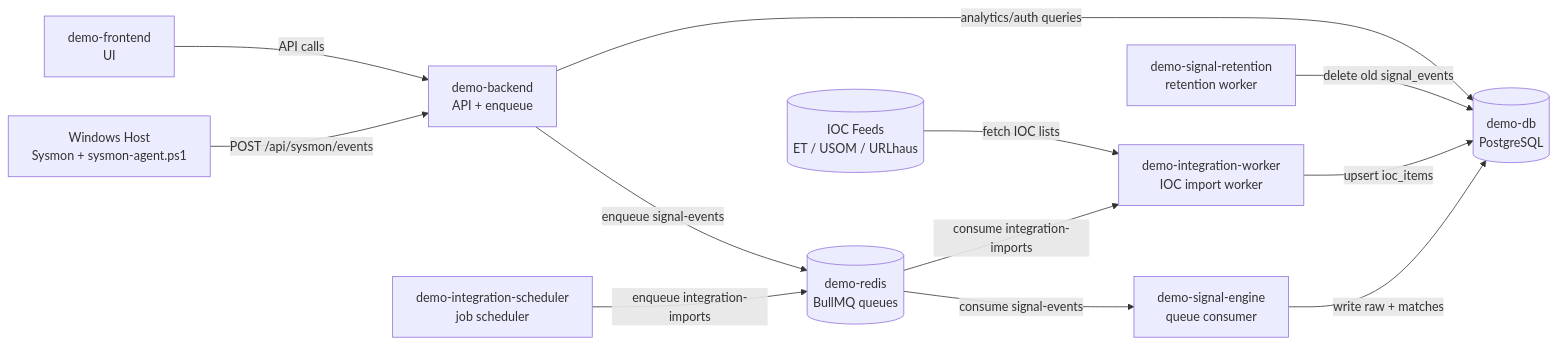
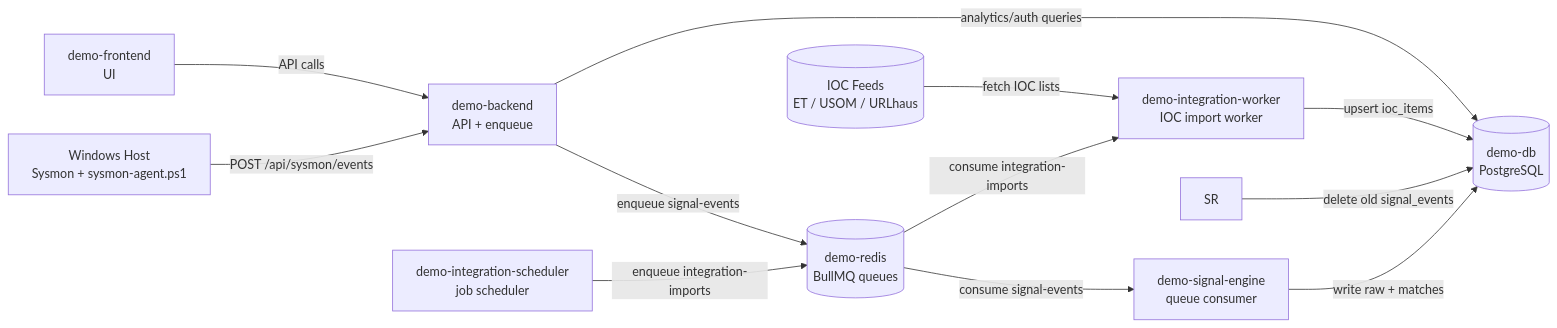
One commit to spatronn/TalonHound changed the first of 2 diagrams in docs/system-diagram.md. Above: the diagram before and after it, drawn with Mermaid. The commit also changed other lines of this file and 4 other files, not shown here.

Commit message:
refactor(retention): remove legacy signal-retention worker and references

````diff
--- a/docs/system-diagram.md
+++ b/docs/system-diagram.md
@@ -5,28 +5,27 @@
 ```mermaid
 flowchart LR
     W[Windows Host\nSysmon + sysmon-agent.ps1]
     FE[demo-frontend\nUI]
     BE[demo-backend\nAPI + enqueue]
     R[(demo-redis\nBullMQ queues)]
     SE[demo-signal-engine\nqueue consumer]
-    SR[demo-signal-retention\nretention worker]
     IS[demo-integration-scheduler\njob scheduler]
     IW[demo-integration-worker\nIOC import worker]
     DB[(demo-db\nPostgreSQL)]
     EXT[(IOC Feeds\nET / USOM / URLhaus)]
 
     W -->|POST /api/sysmon/events| BE
     FE -->|API calls| BE
 
     BE -->|enqueue signal-events| R
     R -->|consume signal-events| SE
     SE -->|write raw + matches| DB
 
     IS -->|enqueue integration-imports| R
     R -->|consume integration-imports| IW
     EXT -->|fetch IOC lists| IW
     IW -->|upsert ioc_items| DB
 
     SR -->|delete old signal_events| DB
     BE -->|analytics/auth queries| DB
 ```
````
